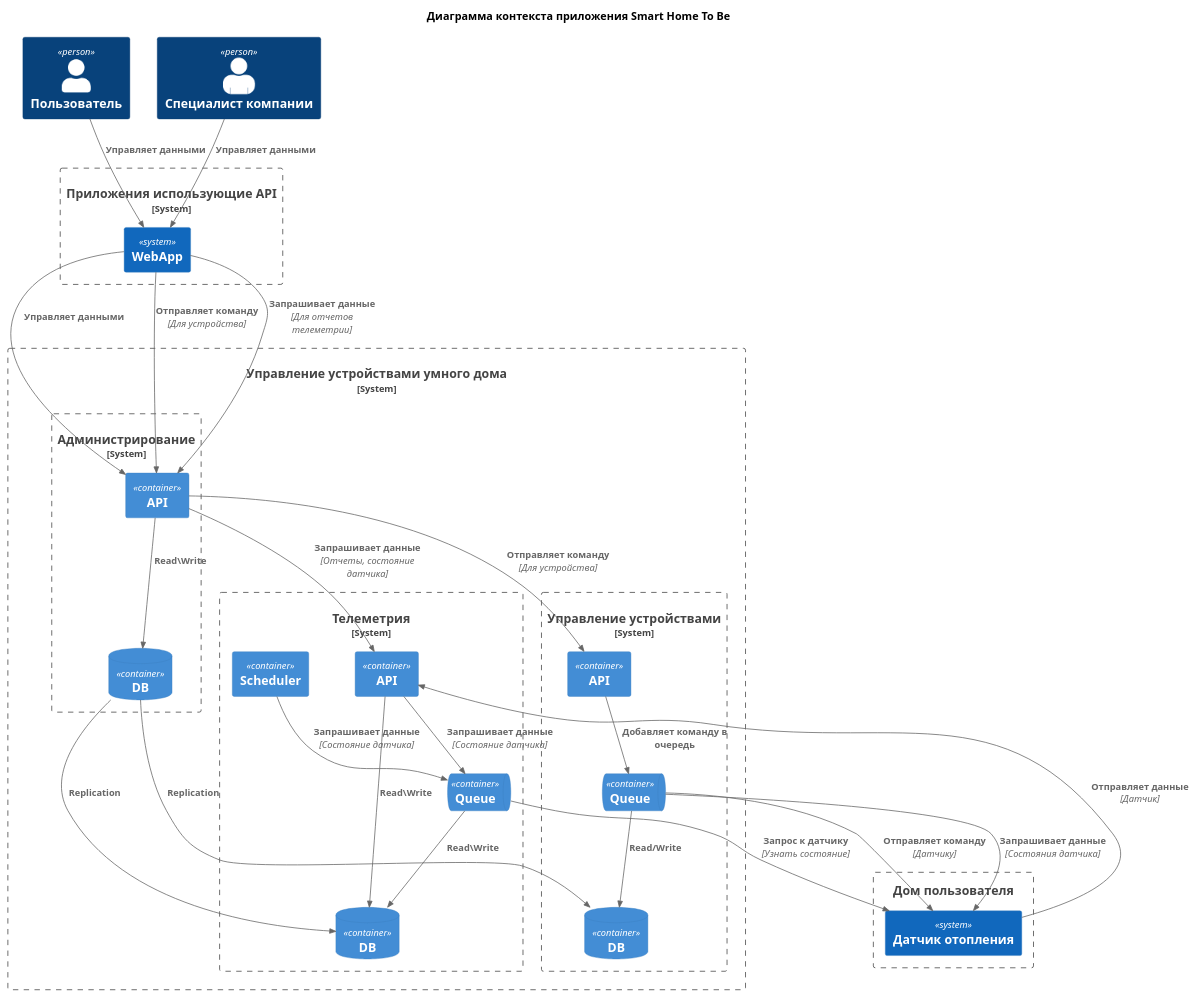
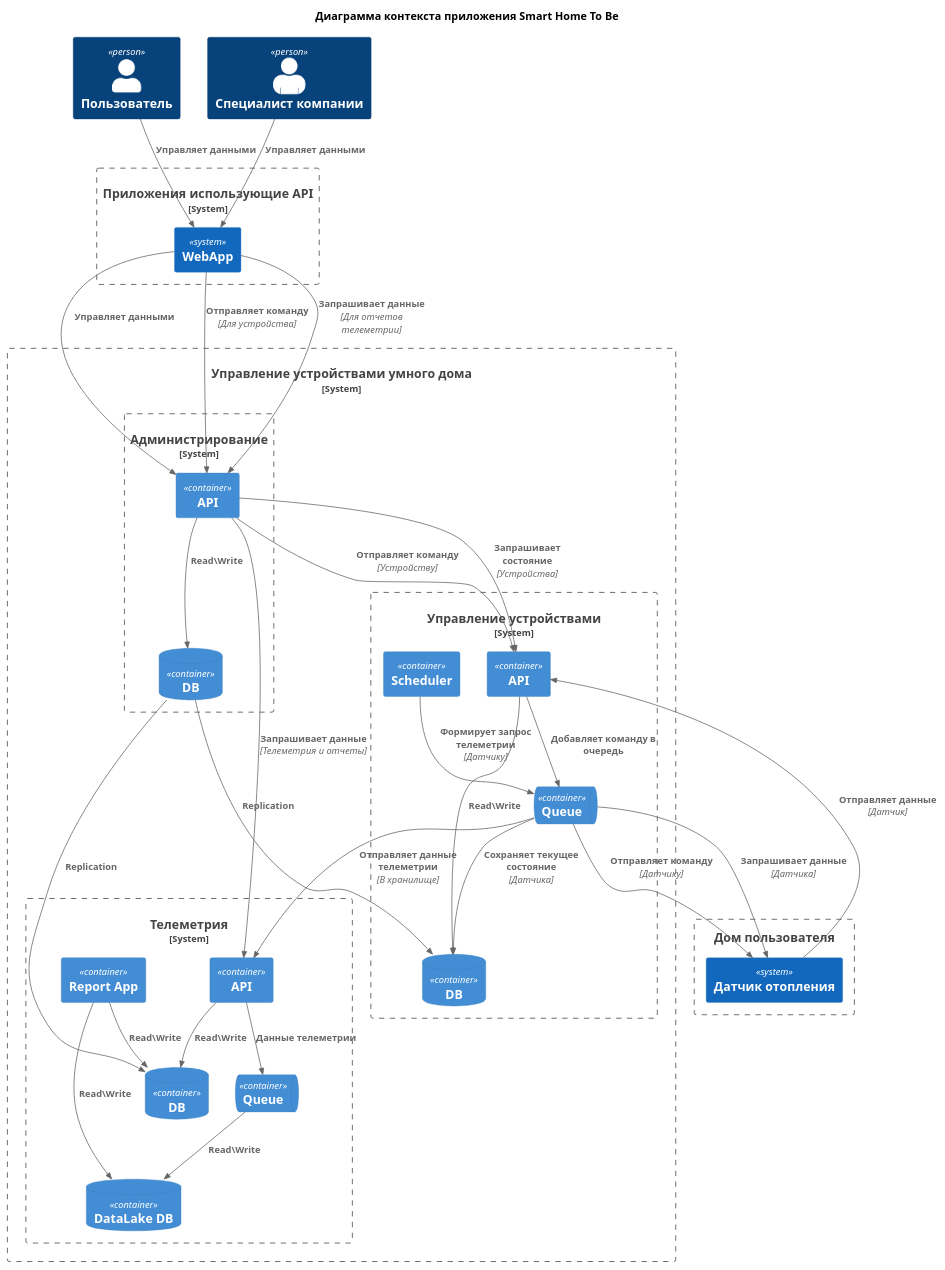
One commit to bezdelnique/ydnx-arch-sprint1 changed the diagram in docs/To Be Container.puml. Above: the diagram before and after it, drawn with PlantUML. The commit also changed 4 other files, not shown here.

Commit message:
To Be C4 diagrams

```diff
--- a/docs/To Be Container.puml
+++ b/docs/To Be Container.puml
@@ -1,69 +1,72 @@
 @startuml
 title "Диаграмма контекста приложения Smart Home To Be"
 
 top to bottom direction
 
 !include C4/C4_Container.puml
 
 Person(User, "Пользователь")
 Person(Specialist, "Специалист компании", "", person2)
 
 System_Boundary(SmartHomeApp, "Приложения использующие API") {
     System(WebApp, "WebApp")
 }
 
 Boundary(UserHome, "Дом пользователя") {
     System(SensorHeating, "Датчик отопления")
 }
 
-
 System_Boundary(Domain, "Управление устройствами умного дома") {
     System_Boundary(SubdomainTelemetry, "Телеметрия") {
         Container(TelemetryApi, "API")
-        Container(TelemetryScheduler, "Scheduler")
+        Container(TelemetryReport, "Report App")
+        ContainerDb(TelemetryDataLakeDb, "DataLake DB")
         ContainerDb(TelemetryDb, "DB")
         ContainerQueue(TelemetryQueue, "Queue")
     }
 
     System_Boundary(SubdomainAdministration, "Администрирование") {
         Container(AdministrationApi, "API")
         ContainerDb(AdministrationDb, "DB")
     }
 
     System_Boundary(SubdomainManageDevice, "Управление устройствами") {
         Container(ManageDeviceApi, "API")
         ContainerDb(ManageDeviceDb, "DB")
         ContainerQueue(ManageDeviceQueue, "Queue")
+        Container(ManageDeviceScheduler, "Scheduler")
     }
-
 }
 
 
 Rel(Specialist, WebApp, "Управляет данными")
 Rel(User, WebApp, "Управляет данными")
 Rel(WebApp, AdministrationApi, "Управляет данными")
 Rel(WebApp, AdministrationApi, "Отправляет команду", "Для устройства")
 Rel(WebApp, AdministrationApi, "Запрашивает данные", "Для отчетов телеметрии")
 
 Rel(AdministrationApi, AdministrationDb, "Read\Write")
-Rel(AdministrationApi, TelemetryApi, "Запрашивает данные", "Отчеты, состояние датчика")
-Rel(AdministrationApi, ManageDeviceApi, "Отправляет команду", "Для устройства")
+Rel(AdministrationApi, TelemetryApi, "Запрашивает данные", "Телеметрия и отчеты")
+Rel(AdministrationApi, ManageDeviceApi, "Отправляет команду", "Устройству")
+Rel(AdministrationApi, ManageDeviceApi, "Запрашивает состояние", "Устройства")
 Rel(AdministrationDb, TelemetryDb, "Replication")
 Rel(AdministrationDb, ManageDeviceDb, "Replication")
 
 Rel(TelemetryApi, TelemetryDb, "Read\Write")
-Rel(TelemetryApi, TelemetryQueue, "Запрашивает данные", "Состояние датчика")
-Rel(TelemetryQueue, TelemetryDb, "Read\Write")
-Rel(TelemetryQueue, SensorHeating, "Запрос к датчику", "Узнать состояние")
-Rel(TelemetryScheduler, TelemetryQueue, "Запрашивает данные", "Состояние датчика")
-
+Rel(TelemetryApi, TelemetryQueue, "Данные телеметрии")
+Rel(TelemetryQueue, TelemetryDataLakeDb, "Read\Write")
+Rel(TelemetryReport, TelemetryDataLakeDb, "Read\Write")
+Rel(TelemetryReport, TelemetryDb, "Read\Write")
 
 Rel(ManageDeviceApi, ManageDeviceQueue, "Добавляет команду в очередь")
-Rel(ManageDeviceQueue, ManageDeviceDb, "Read/Write")
+Rel(ManageDeviceApi, ManageDeviceDb, "Read\Write")
+Rel(ManageDeviceScheduler, ManageDeviceQueue, "Формирует запрос телеметрии", "Датчику")
+Rel(ManageDeviceQueue, ManageDeviceDb, "Сохраняет текущее состояние", "Датчика")
 Rel(ManageDeviceQueue, SensorHeating, "Отправляет команду", "Датчику")
-Rel(ManageDeviceQueue, SensorHeating, "Запрашивает данные", "Состояния датчика")
+Rel(ManageDeviceQueue, SensorHeating, "Запрашивает данные", "Датчика")
+Rel(ManageDeviceQueue, TelemetryApi, "Отправляет данные телеметрии", "В хранилище")
 
-Rel(SensorHeating, TelemetryApi, "Отправляет данные", "Датчик")
+Rel(SensorHeating, ManageDeviceApi, "Отправляет данные", "Датчик")
 
 
 @enduml
```
